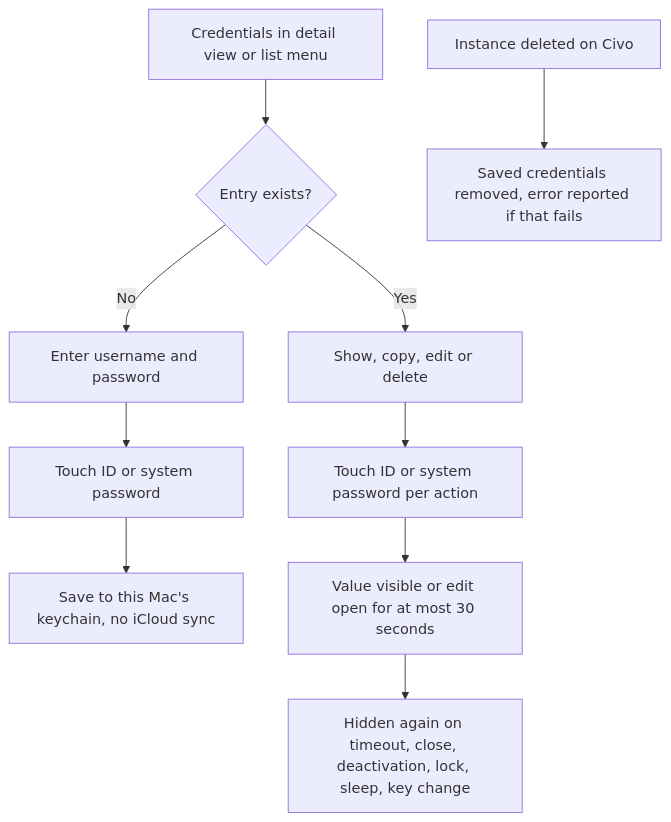
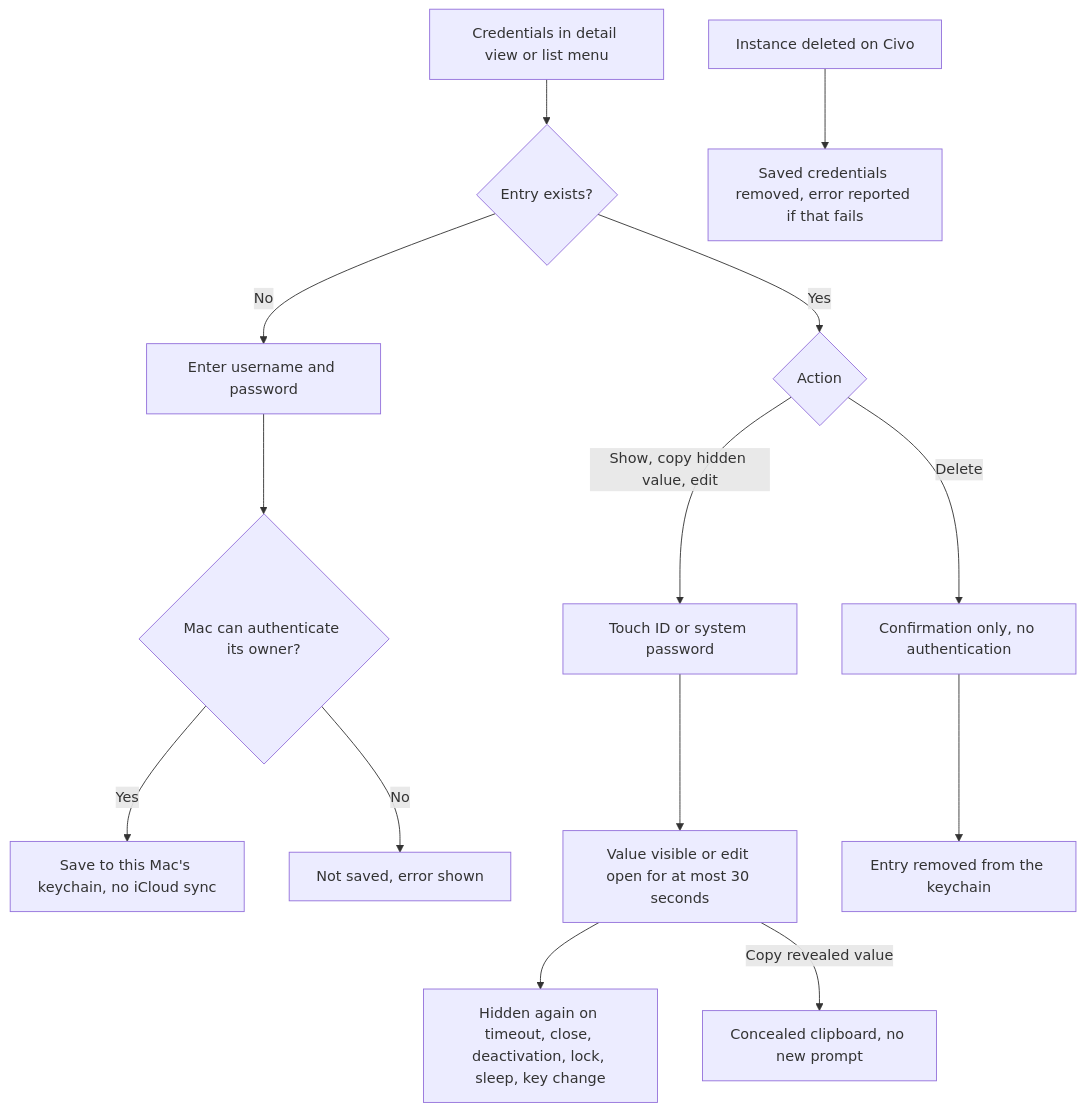
Before and after one commit to marcelrgberger/civo-cloud-manager: diagram 11 of 14 in README.md, drawn with Mermaid. The commit also changed other lines of this file, not shown here.

Commit message:
Describe the vault authentication steps as implemented
Creation only checks that the Mac can authenticate its owner. Reveal,
copying a hidden value and edit need Touch ID or the system password,
copying an already revealed value does not prompt again, and deletion
needs a confirmation but no authentication.

Refs #107

````diff
--- a/README.md
+++ b/README.md
@@ -420,12 +420,16 @@
 ```mermaid
 flowchart TD
     A[Credentials in detail view or list menu] --> B{Entry exists?}
     B -->|No| C[Enter username and password]
-    C --> D[Touch ID or system password]
-    D --> E[Save to this Mac's keychain, no iCloud sync]
-    B -->|Yes| F[Show, copy, edit or delete]
-    F --> G[Touch ID or system password per action]
+    C --> D{Mac can authenticate its owner?}
+    D -->|Yes| E[Save to this Mac's keychain, no iCloud sync]
+    D -->|No| X[Not saved, error shown]
+    B -->|Yes| F{Action}
+    F -->|Show, copy hidden value, edit| G[Touch ID or system password]
     G --> H[Value visible or edit open for at most 30 seconds]
     H --> I[Hidden again on timeout, close, deactivation, lock, sleep, key change]
+    H -->|Copy revealed value| P[Concealed clipboard, no new prompt]
+    F -->|Delete| Q[Confirmation only, no authentication]
+    Q --> R[Entry removed from the keychain]
     J[Instance deleted on Civo] --> K[Saved credentials removed, error reported if that fails]
 ```
````
